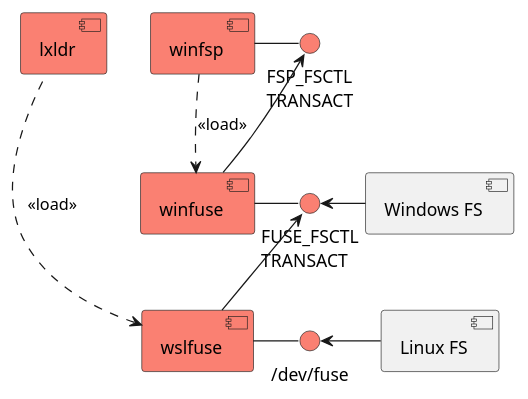
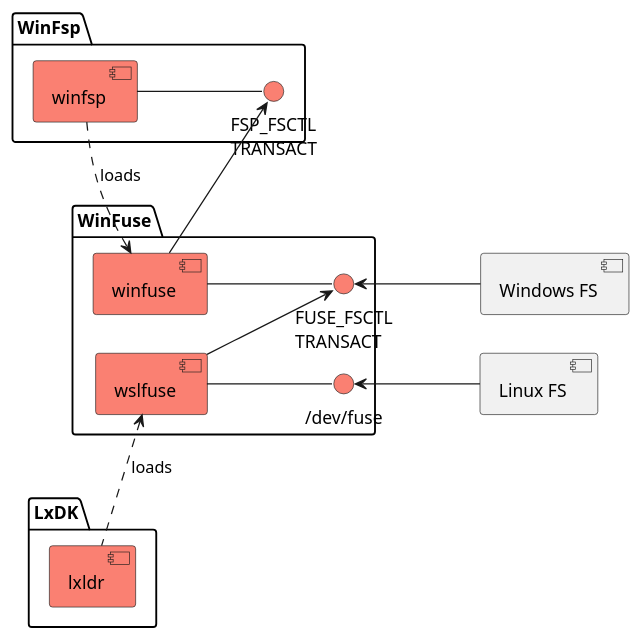
One commit to billziss-gh/winfuse changed the diagram in doc/component.puml. Above: the diagram before and after it, drawn with PlantUML. The commit also changed 1 other file, not shown here.

Commit message:
doc: update component diagram

```diff
--- a/doc/component.puml
+++ b/doc/component.puml
@@ -1,38 +1,44 @@
 skinparam componentStyle uml2
+skinparam nodesep 100
+skinparam ranksep 30
 
-together {
+package WinFsp {
     component winfsp #Salmon
-    component winfuse #Salmon
-    component wslfuse #Salmon
-    component lxldr #Salmon
-    winfsp -[hidden]- winfuse
-    winfuse -[hidden]- wslfuse
-    wslfuse -[hidden]- lxldr
+    interface "FSP_FSCTL\nTRANSACT" as FSP_FSCTL_TRANSACT #Salmon
+    winfsp -right- FSP_FSCTL_TRANSACT
 }
 
-together {
-    interface "FSP_FSCTL\nTRANSACT" as FSP_FSCTL_TRANSACT #Salmon
+package WinFuse {
+    component winfuse #Salmon
     interface "FUSE_FSCTL\nTRANSACT" as FUSE_FSCTL_TRANSACT #Salmon
+    winfuse -right- FUSE_FSCTL_TRANSACT
+    component wslfuse #Salmon
     interface "/dev/fuse" as devfuse #Salmon
-    FSP_FSCTL_TRANSACT -[hidden]- FUSE_FSCTL_TRANSACT
+    wslfuse -right- devfuse
+
+    winfuse -[hidden]- wslfuse
     FUSE_FSCTL_TRANSACT -[hidden]- devfuse
 }
 
-together {
-    component "Windows FS" as winfs
-    component "Linux FS" as wslfs
-    winfs -[hidden]- wslfs
-    wslfs -[hidden]- winfs
+package LxDK {
+    component lxldr #Salmon
 }
 
-winfsp .down.> winfuse: <<load>>
-lxldr .up.> wslfuse: <<load>>
+winfsp -[hidden]- winfuse
+wslfuse -[hidden]- lxldr
+FSP_FSCTL_TRANSACT -[hidden]- FUSE_FSCTL_TRANSACT
 
-winfsp -right- FSP_FSCTL_TRANSACT
-winfuse -right- FUSE_FSCTL_TRANSACT
 winfuse -up-> FSP_FSCTL_TRANSACT
-wslfuse -right- devfuse
 wslfuse -up-> FUSE_FSCTL_TRANSACT
+
+winfsp .down.> winfuse: loads
+lxldr .up.> wslfuse: loads
+
+component "Windows FS" as winfs
+component "Linux FS" as wslfs
+winfs -[hidden]- wslfs
+winfuse -[hidden] winfs
+wslfuse -[hidden] wslfs
 
 winfs -left-> FUSE_FSCTL_TRANSACT
 wslfs -left-> devfuse
```
